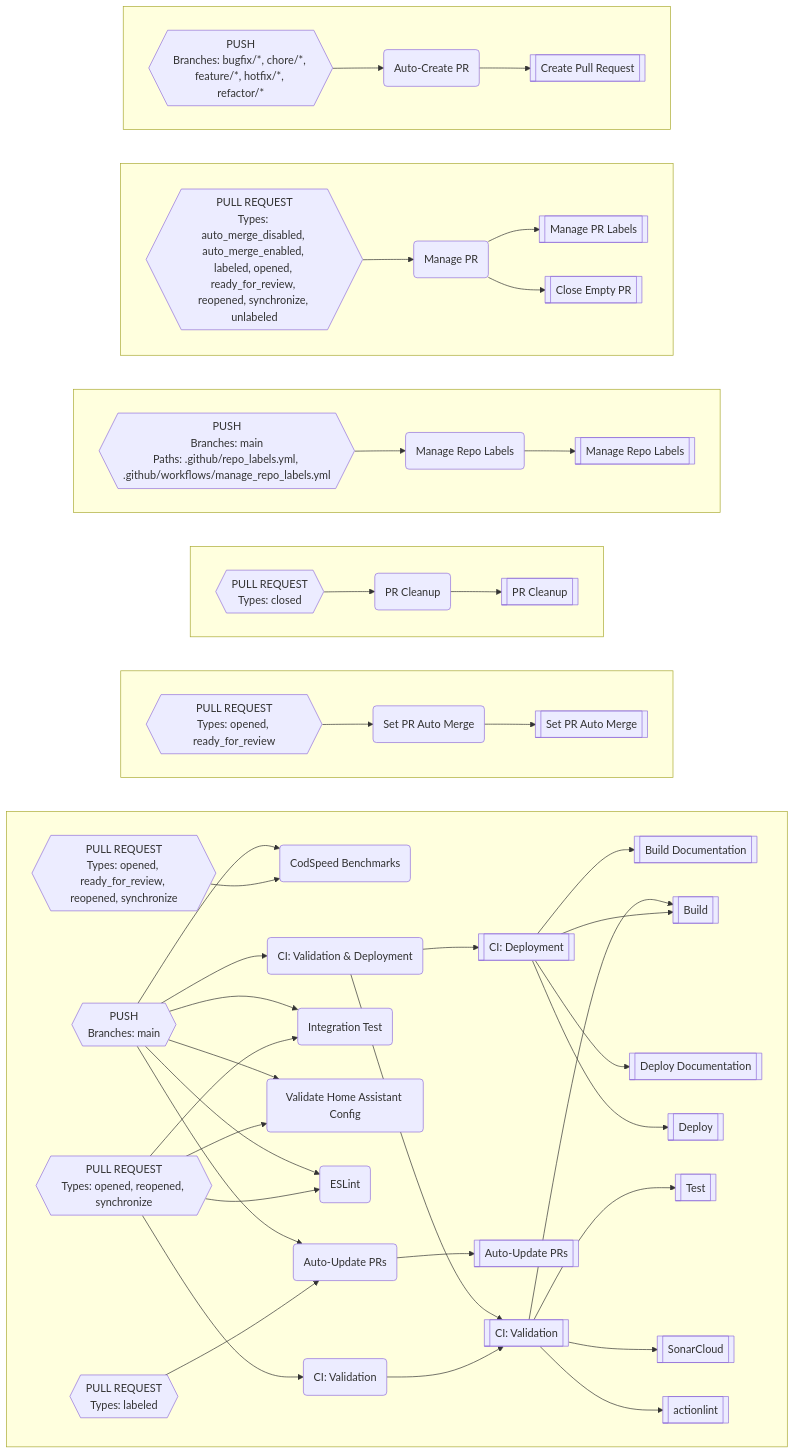
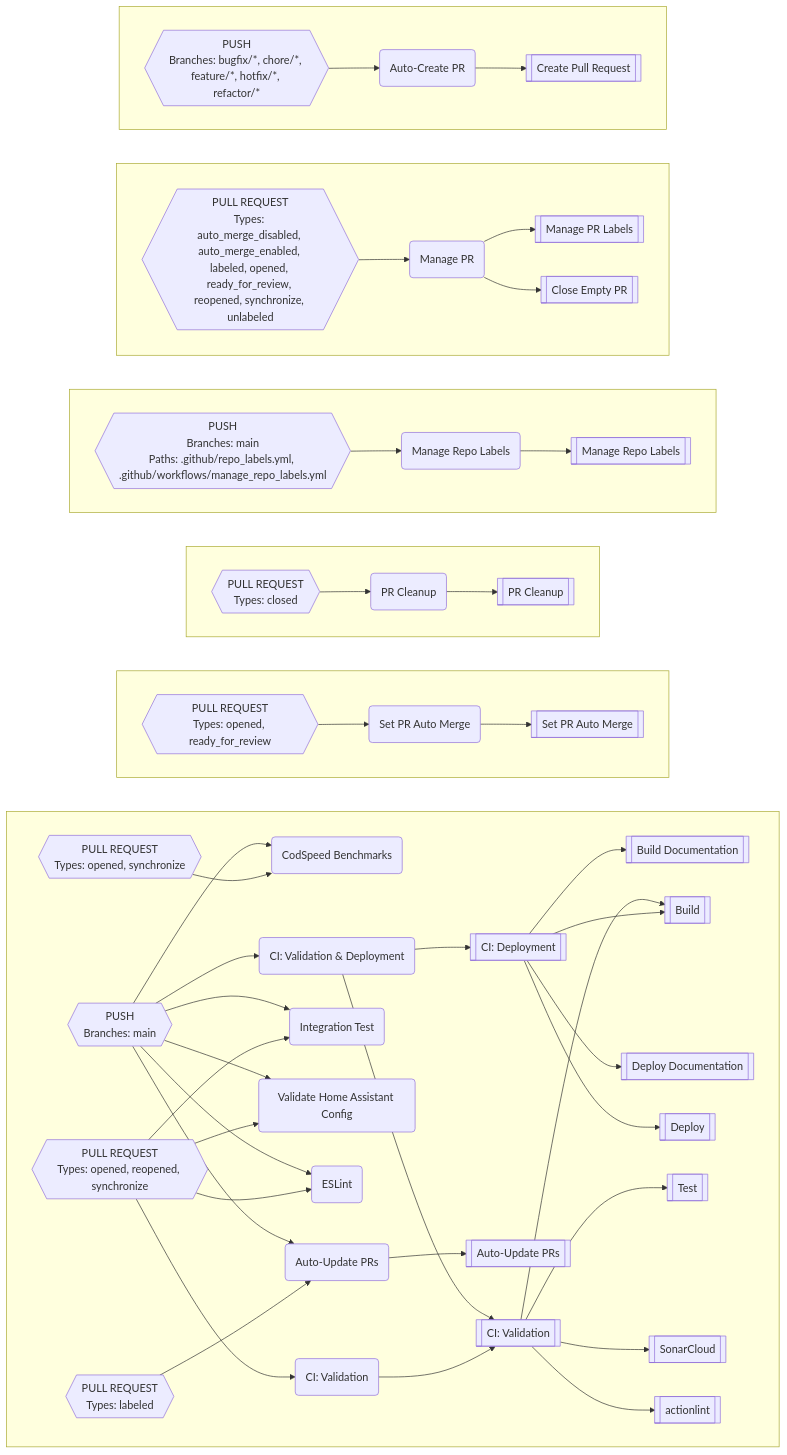
Before and after one commit to worgarside/github-config-files: the diagram in README.md, drawn with Mermaid. The commit also changed 1 other file, not shown here.

Commit message:
Run benchmarks less often

```diff
--- a/README.md
+++ b/README.md
@@ -455,7 +455,7 @@
 "}}
 DL("CodSpeed Benchmarks")
 DM{{"PULL REQUEST
-Types: opened, ready_for_review, reopened, synchronize
+Types: opened, synchronize
 "}}
 E[["Build"]]
 I[["Build Documentation"]]
```
